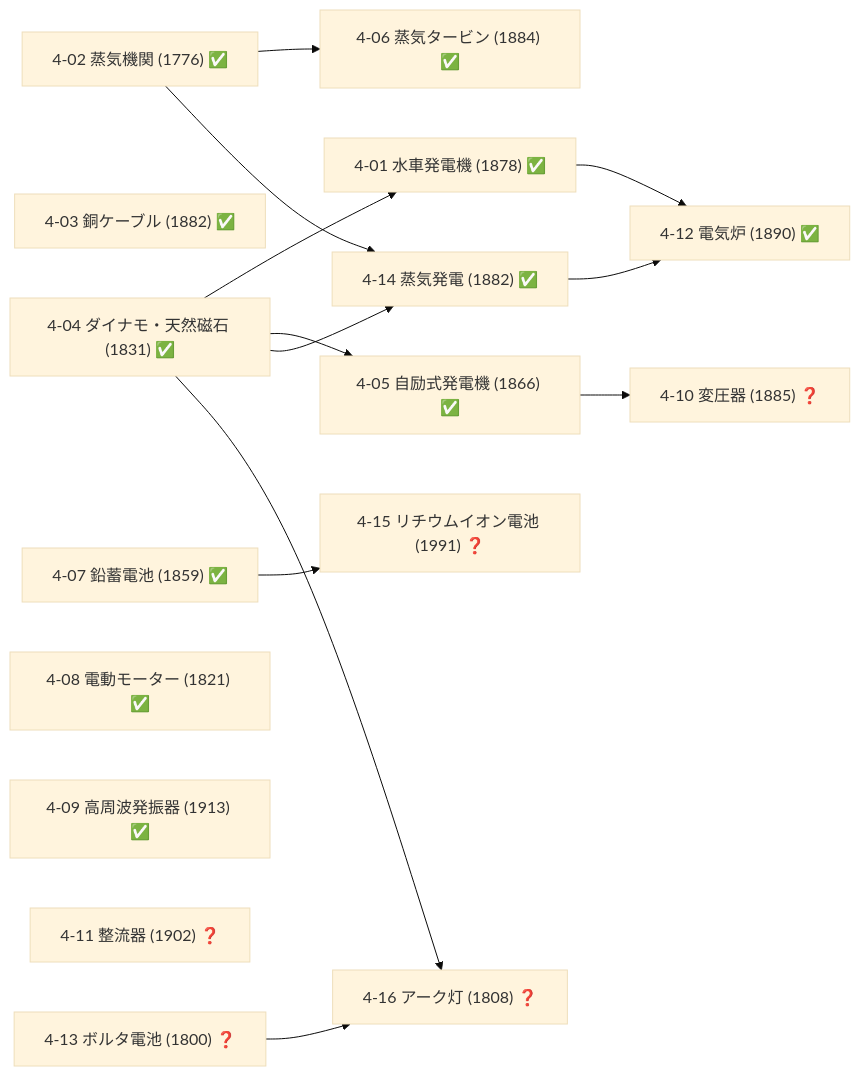
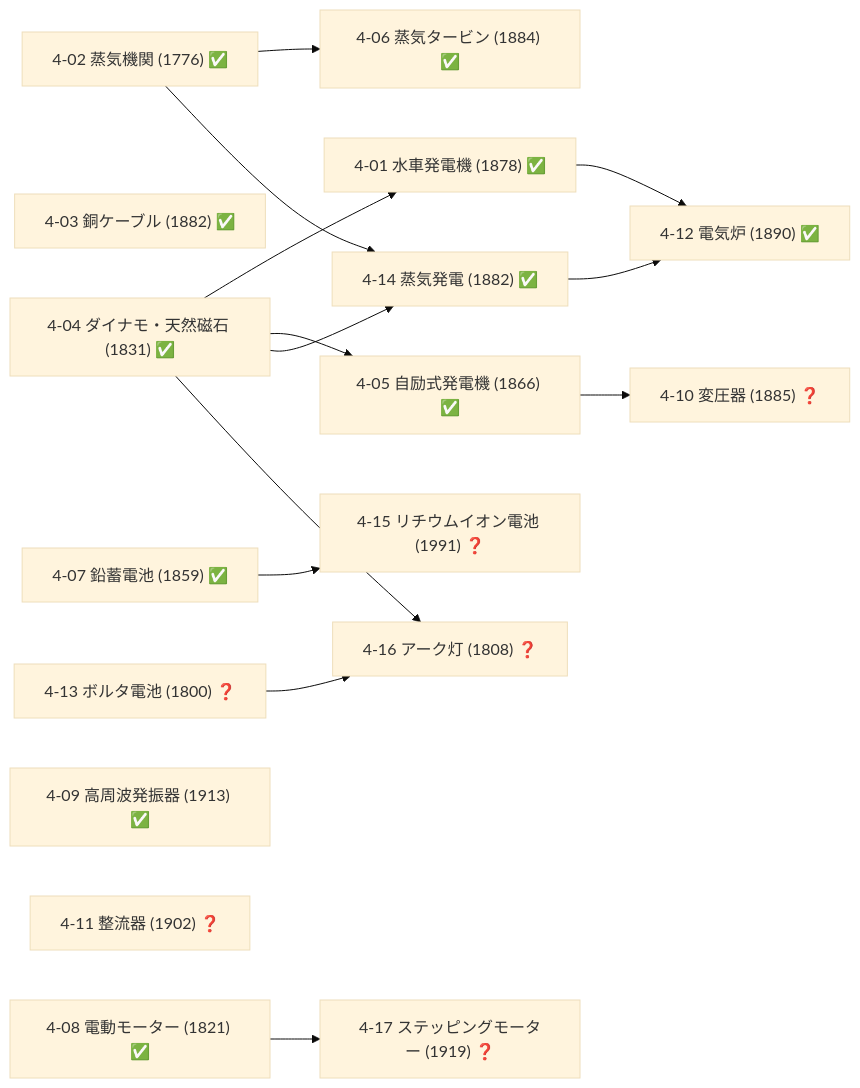
One commit to taku3i0317-collab/semiconductor-lab changed the seventh of 19 diagrams in docs/TECH_TREE_VIEW.md. Above: the diagram before and after it, drawn with Mermaid (base theme). The commit also changed other lines of this file and 5 other files, not shown here.

````diff
--- a/docs/TECH_TREE_VIEW.md
+++ b/docs/TECH_TREE_VIEW.md
@@ -355,30 +357,32 @@
 ```mermaid
 graph LR
   n4_01["4-01 水車発電機 (1878) ✅"]
   n4_02["4-02 蒸気機関 (1776) ✅"]
   n4_03["4-03 銅ケーブル (1882) ✅"]
   n4_04["4-04 ダイナモ・天然磁石 (1831) ✅"]
   n4_05["4-05 自励式発電機 (1866) ✅"]
   n4_06["4-06 蒸気タービン (1884) ✅"]
   n4_07["4-07 鉛蓄電池 (1859) ✅"]
   n4_08["4-08 電動モーター (1821) ✅"]
   n4_09["4-09 高周波発振器 (1913) ✅"]
   n4_10["4-10 変圧器 (1885) ❓"]
   n4_11["4-11 整流器 (1902) ❓"]
   n4_12["4-12 電気炉 (1890) ✅"]
   n4_13["4-13 ボルタ電池 (1800) ❓"]
   n4_14["4-14 蒸気発電 (1882) ✅"]
   n4_15["4-15 リチウムイオン電池 (1991) ❓"]
   n4_16["4-16 アーク灯 (1808) ❓"]
+  n4_17["4-17 ステッピングモーター (1919) ❓"]
   n4_04-->n4_01
   n4_04-->n4_05
   n4_02-->n4_06
   n4_05-->n4_10
   n4_01-->n4_12
   n4_14-->n4_12
   n4_02-->n4_14
   n4_04-->n4_14
   n4_07-->n4_15
   n4_04-->n4_16
   n4_13-->n4_16
+  n4_08-->n4_17
 ```
````
